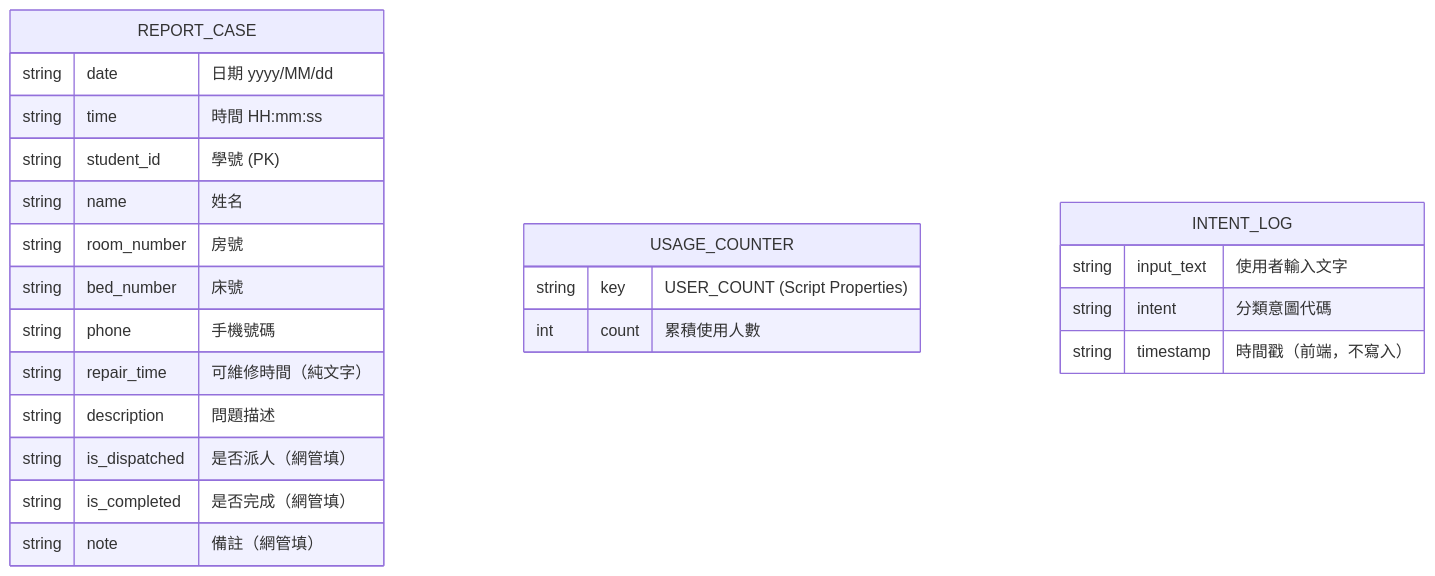
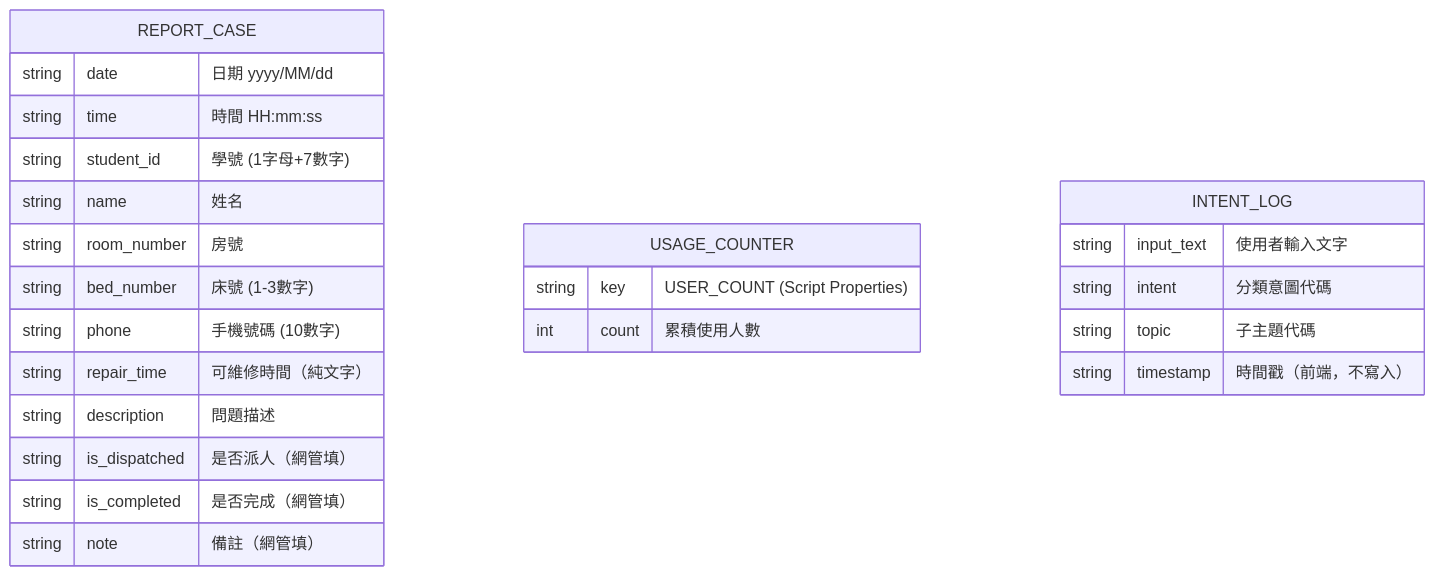
One commit to chinglin-k/FCU_NE_Chat_Bot changed the diagram in doc/data-model.md. Above: the diagram before and after it, drawn with Mermaid. The commit also changed other lines of this file and 5 other files, not shown here.

Commit message:
docs: align all project documentation with verified codebase (reCAPTCHA v3, rate limiting 12/60 & 5/20, 9-model Gemini fallback, POST body data flow)

````diff
--- a/doc/data-model.md
+++ b/doc/data-model.md
@@ -10,28 +11,29 @@
 ```mermaid
 erDiagram
     REPORT_CASE {
         string date          "日期 yyyy/MM/dd"
         string time          "時間 HH:mm:ss"
-        string student_id    "學號 (PK)"
+        string student_id    "學號 (1字母+7數字)"
         string name          "姓名"
         string room_number   "房號"
-        string bed_number    "床號"
-        string phone         "手機號碼"
+        string bed_number    "床號 (1-3數字)"
+        string phone         "手機號碼 (10數字)"
         string repair_time   "可維修時間（純文字）"
         string description   "問題描述"
         string is_dispatched "是否派人（網管填）"
         string is_completed  "是否完成（網管填）"
         string note          "備註（網管填）"
     }
 
     USAGE_COUNTER {
         string key   "USER_COUNT (Script Properties)"
         int    count "累積使用人數"
     }
 
     INTENT_LOG {
         string input_text "使用者輸入文字"
         string intent     "分類意圖代碼"
+        string topic      "子主題代碼"
         string timestamp  "時間戳（前端，不寫入）"
     }
 ```
````
